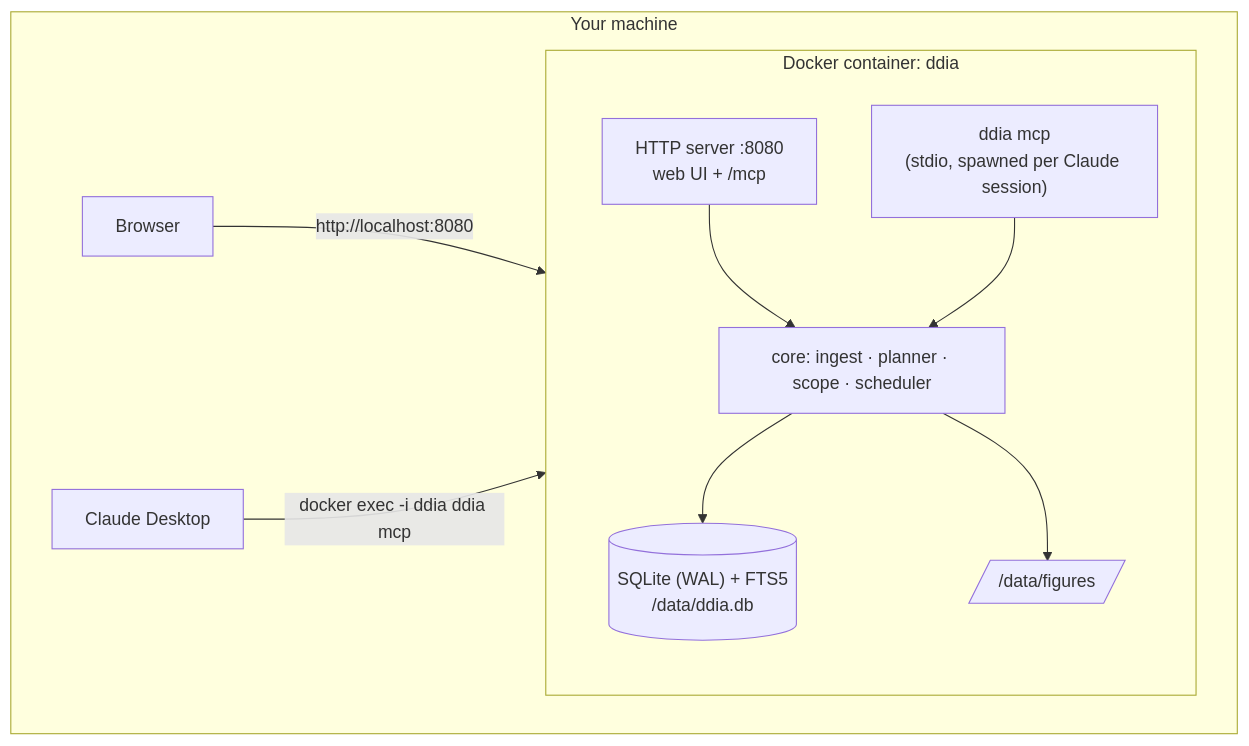
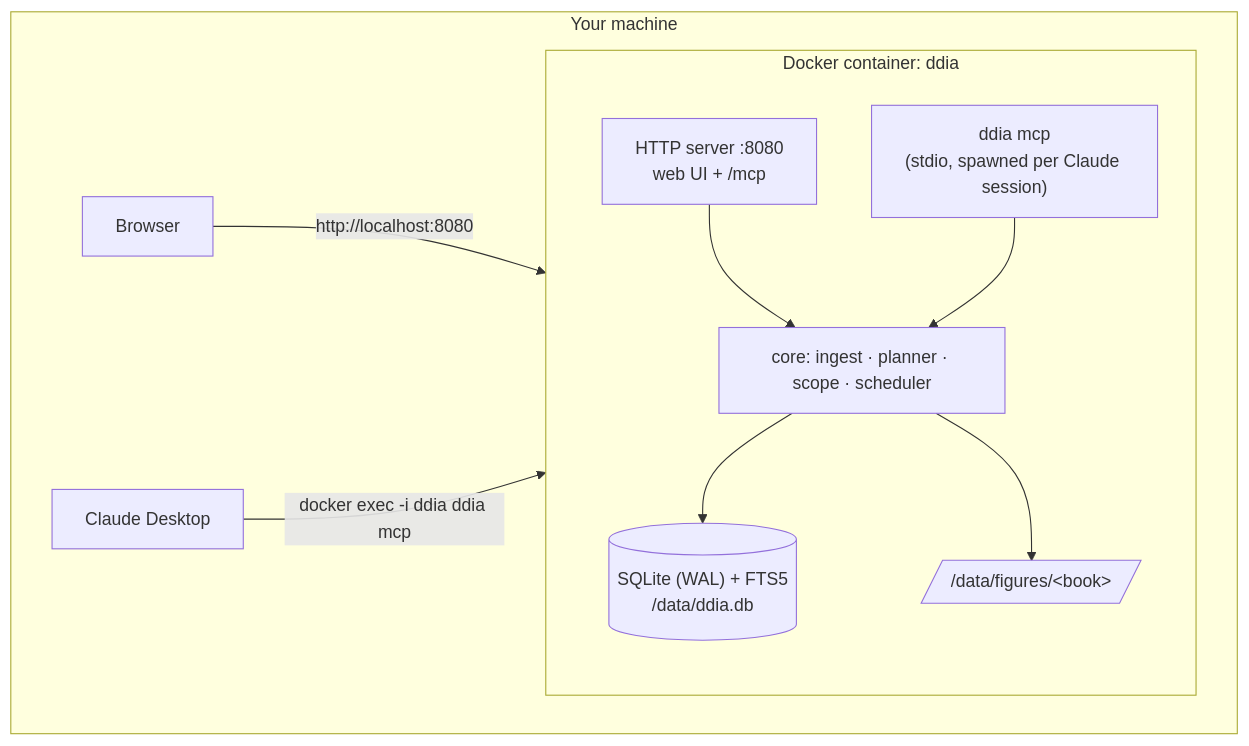
Before and after one commit to paulnopaul/ddia-assist: the diagram in docs/spec/00-overview.md, drawn with Mermaid. The commit also changed other lines of this file and 7 other files, not shown here.

````diff
--- a/docs/spec/00-overview.md
+++ b/docs/spec/00-overview.md
@@ -30,21 +35,21 @@
 ```mermaid
 flowchart TB
     subgraph Host["Your machine"]
         CD[Claude Desktop]
         Browser[Browser]
         subgraph C["Docker container: ddia"]
             direction TB
             Web["HTTP server :8080<br/>web UI + /mcp"]
             Stdio["ddia mcp<br/>(stdio, spawned per Claude session)"]
             Core["core: ingest · planner · scope · scheduler"]
             DB[("SQLite (WAL) + FTS5<br/>/data/ddia.db")]
-            Fig[/"/data/figures"/]
+            Fig[/"/data/figures/&lt;book&gt;"/]
             Web --> Core
             Stdio --> Core
             Core --> DB
             Core --> Fig
         end
         Browser -- "http://localhost:8080" --> Web
         CD -- "docker exec -i ddia ddia mcp" --> Stdio
     end
 ```
````
